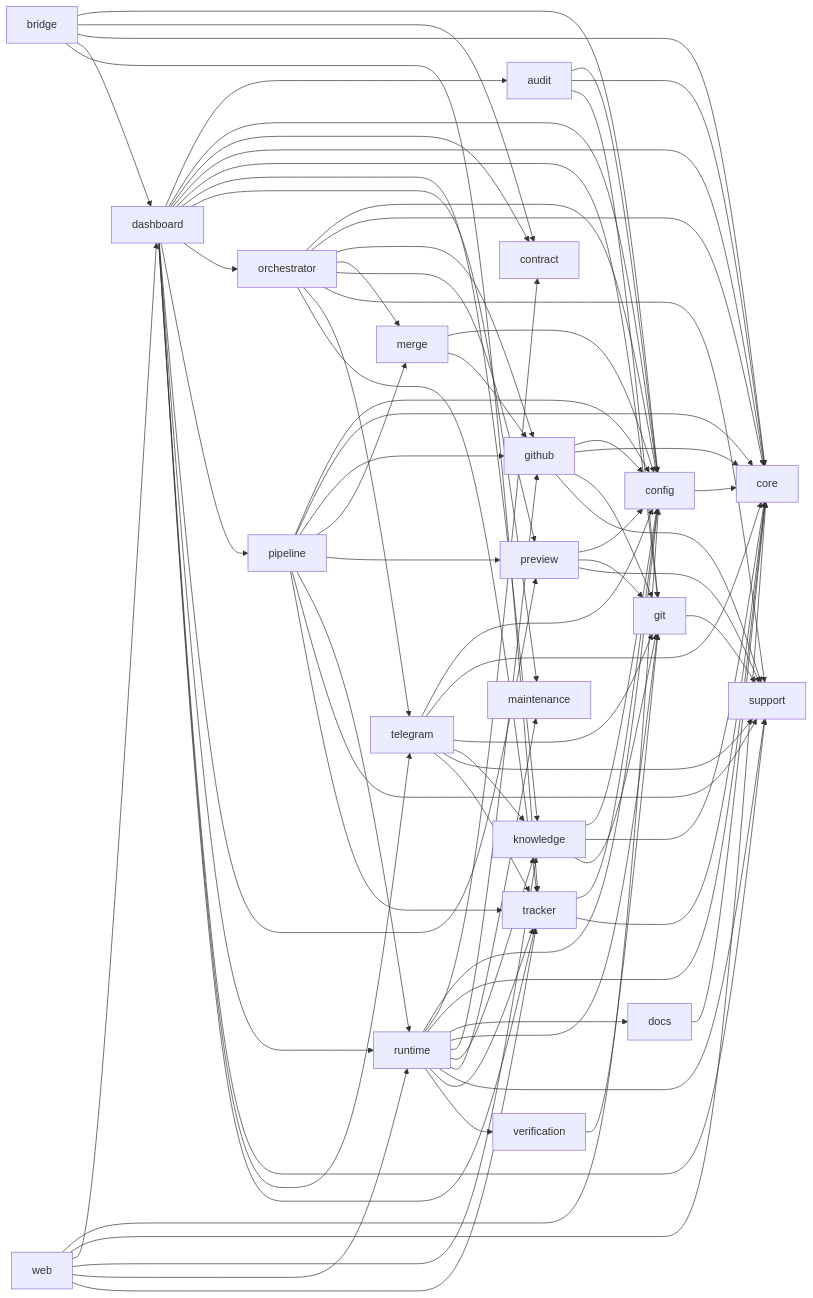
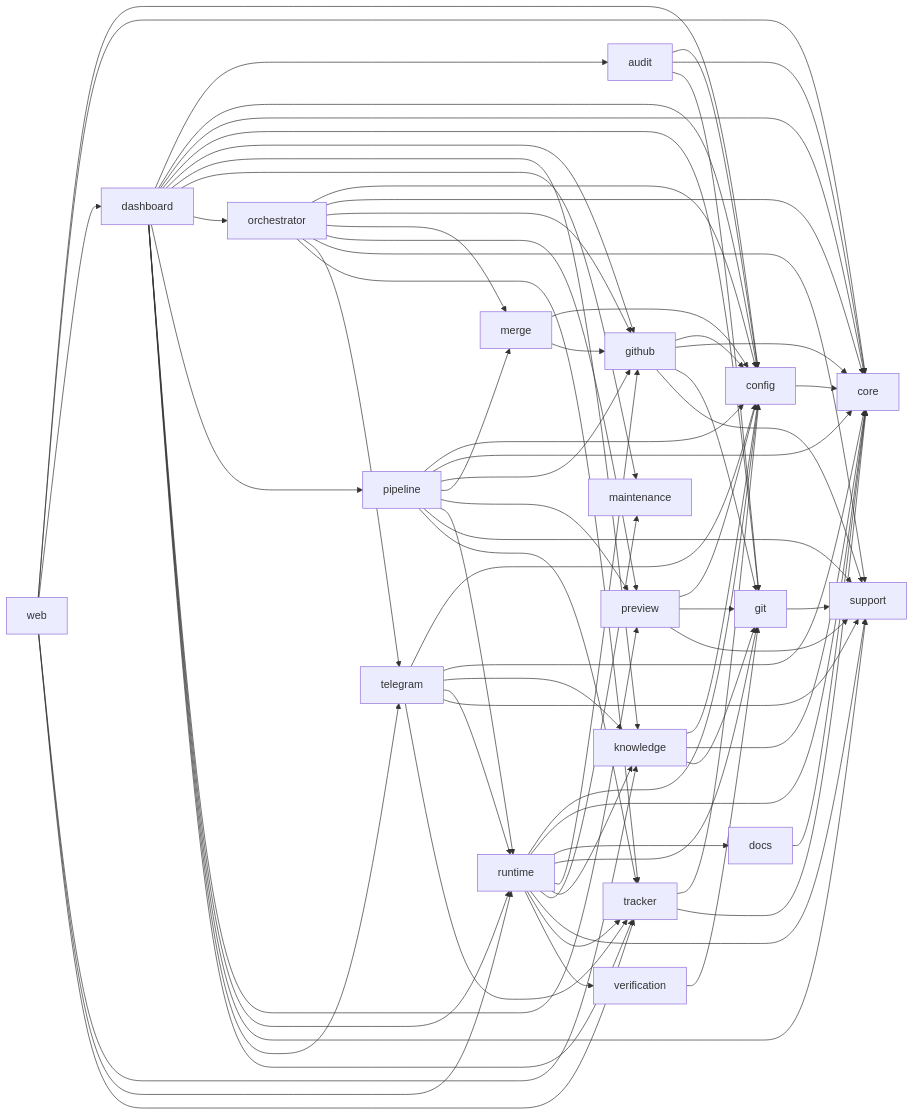
One commit to robbertvdzon/software-factory changed the diagram in docs/technical/module-dependencies.md. Above: the diagram before and after it, drawn with Mermaid. The commit also changed other lines of this file and 32 other files, not shown here.

````diff
--- a/docs/technical/module-dependencies.md
+++ b/docs/technical/module-dependencies.md
@@ -32,9 +30,7 @@
 ```mermaid
 flowchart LR
     audit["audit"]
-    bridge["bridge"]
     config["config"]
-    contract["contract"]
     core["core"]
     dashboard["dashboard"]
     docs["docs"]
@@ -54,17 +50,12 @@
     audit --> config
     audit --> core
     audit --> git
-    bridge --> config
-    bridge --> contract
-    bridge --> core
-    bridge --> dashboard
-    bridge --> tracker
     config --> core
     dashboard --> audit
     dashboard --> config
-    dashboard --> contract
     dashboard --> core
     dashboard --> git
+    dashboard --> github
     dashboard --> knowledge
     dashboard --> maintenance
     dashboard --> orchestrator
@@ -105,7 +96,6 @@
     preview --> git
     preview --> support
     runtime --> config
-    runtime --> contract
     runtime --> core
     runtime --> docs
     runtime --> git
@@ -117,8 +107,8 @@
     runtime --> verification
     telegram --> config
     telegram --> core
-    telegram --> git
     telegram --> knowledge
+    telegram --> runtime
     telegram --> support
     telegram --> tracker
     tracker --> config
````
